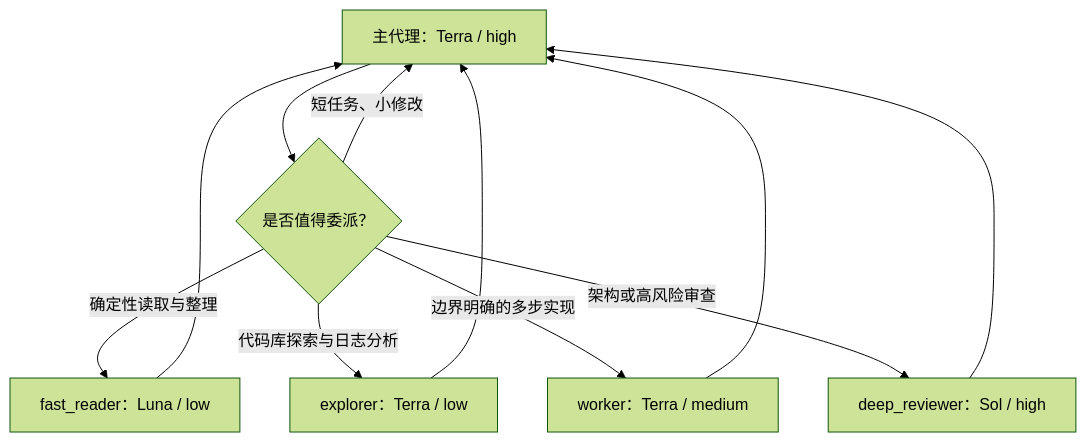
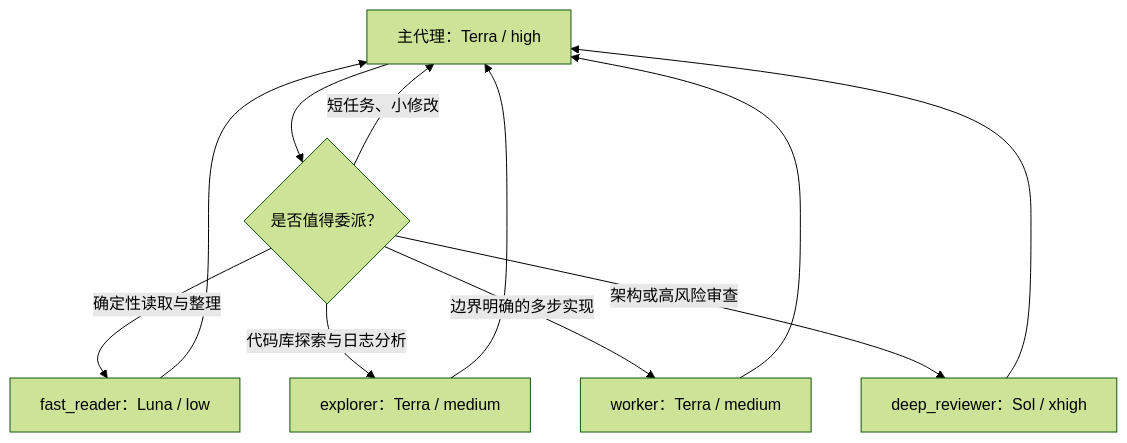
The diagram in README.zh-CN.md (ZhangZhengruiNUS/codex-adaptive-agent-routing), drawn with Mermaid (forest theme) before and after one commit. The commit also changed other lines of this file and 6 other files, not shown here.

Commit message:
Tune explorer and reviewer routing

````diff
--- a/README.zh-CN.md
+++ b/README.zh-CN.md
@@ -14,13 +14,13 @@
 ```mermaid
 flowchart TD
     M["主代理：Terra / high"] --> D{"是否值得委派？"}
     D -->|"短任务、小修改"| M
     D -->|"确定性读取与整理"| F["fast_reader：Luna / low"]
-    D -->|"代码库探索与日志分析"| E["explorer：Terra / low"]
+    D -->|"代码库探索与日志分析"| E["explorer：Terra / medium"]
     D -->|"边界明确的多步实现"| W["worker：Terra / medium"]
-    D -->|"架构或高风险审查"| R["deep_reviewer：Sol / high"]
+    D -->|"架构或高风险审查"| R["deep_reviewer：Sol / xhigh"]
     F --> M
     E --> M
     W --> M
     R --> M
 ```
````
